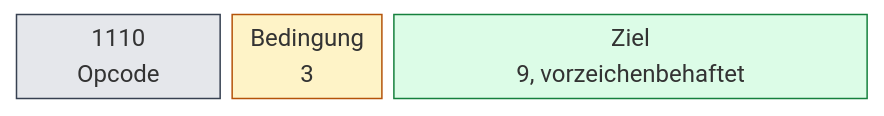
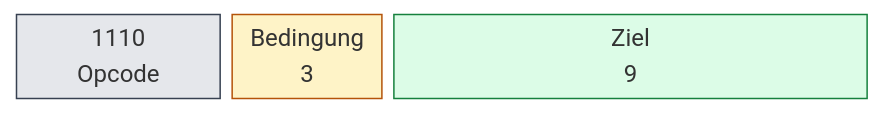
The first of 4 diagrams in book/kap04.md (olfp/Deep16), drawn with Mermaid before and after one commit. The commit also changed other lines of this file and 1 other file, not shown here.

Commit message:
book: Bitdiagramme Kap. 4 auf 16-Bit-Spalten (jede Box = Bitbreite) überarbeitet

````diff
--- a/book/kap04.md
+++ b/book/kap04.md
@@ -44,13 +44,13 @@
 ```mermaid
 block-beta
   columns 16
   classDef op fill:#e5e7eb,stroke:#374151
   classDef imm fill:#fef3c7,stroke:#b45309
   classDef off fill:#dcfce7,stroke:#15803d
   b0["1110<br/>Opcode"]:4
   b1["Bedingung<br/>3"]:3
-  b2["Ziel<br/>9, vorzeichenbehaftet"]:9
+  b2["Ziel<br/>9"]:9
   class b0 op
   class b1 imm
   class b2 off
 ```
````
